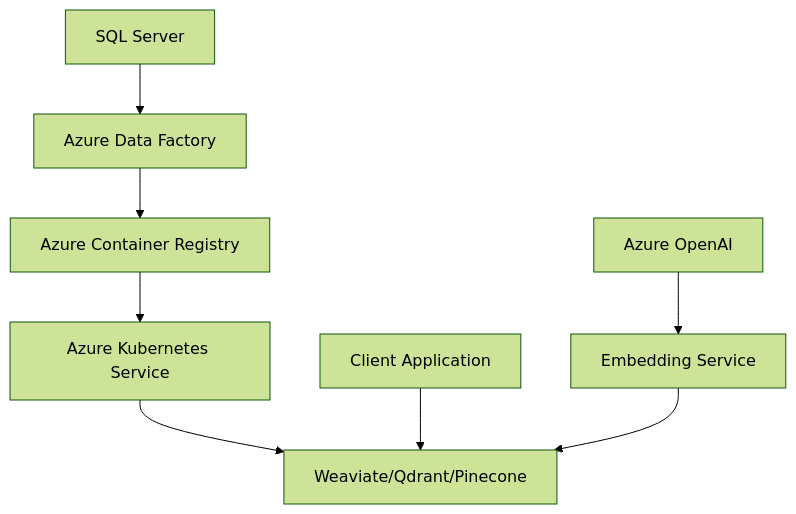
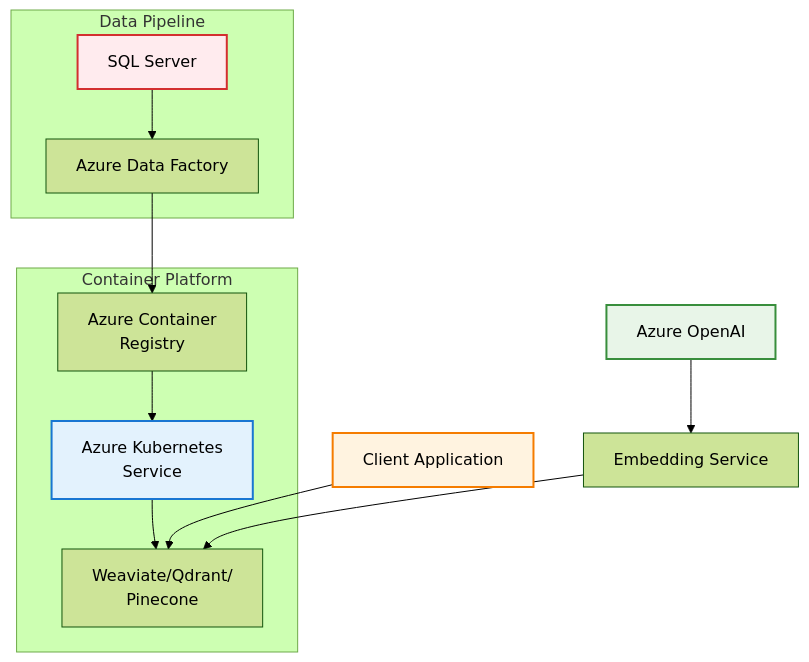
One commit to bravegeek/az-vectordb changed the fourth of 4 diagrams in docs/options.md. Above: the diagram before and after it, drawn with Mermaid (forest theme). The commit also changed other lines of this file, not shown here.

Commit message:
clean up mermaid

````diff
--- a/docs/options.md
+++ b/docs/options.md
@@ -129,10 +177,26 @@
 ```mermaid
 graph TB
     A[SQL Server] --> B[Azure Data Factory]
-    B --> C[Azure Container Registry]
-    C --> D[Azure Kubernetes Service]
-    D --> E[Weaviate/Qdrant/Pinecone]
+    B --> C[Azure Container<br/>Registry]
+    C --> D[Azure Kubernetes<br/>Service]
+    D --> E[Weaviate/Qdrant/<br/>Pinecone]
     F[Client Application] --> E
     G[Azure OpenAI] --> H[Embedding Service]
     H --> E
+    
+    subgraph "Data Pipeline"
+        A
+        B
+    end
+    
+    subgraph "Container Platform"
+        C
+        D
+        E
+    end
+    
+    style A fill:#ffebee,stroke:#d32f2f,stroke-width:2px,color:#000
+    style D fill:#e3f2fd,stroke:#1976d2,stroke-width:2px,color:#000
+    style G fill:#e8f5e8,stroke:#388e3c,stroke-width:2px,color:#000
+    style F fill:#fff3e0,stroke:#f57c00,stroke-width:2px,color:#000
 ```
````
